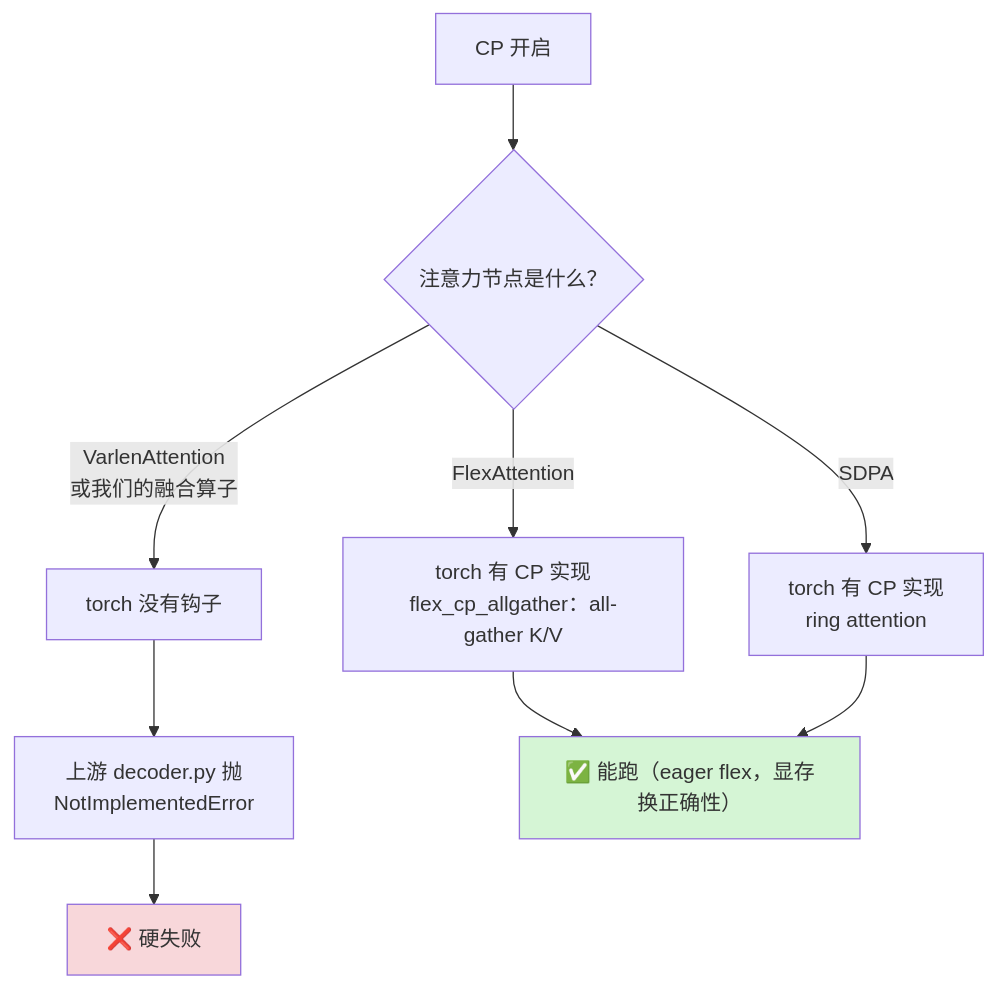
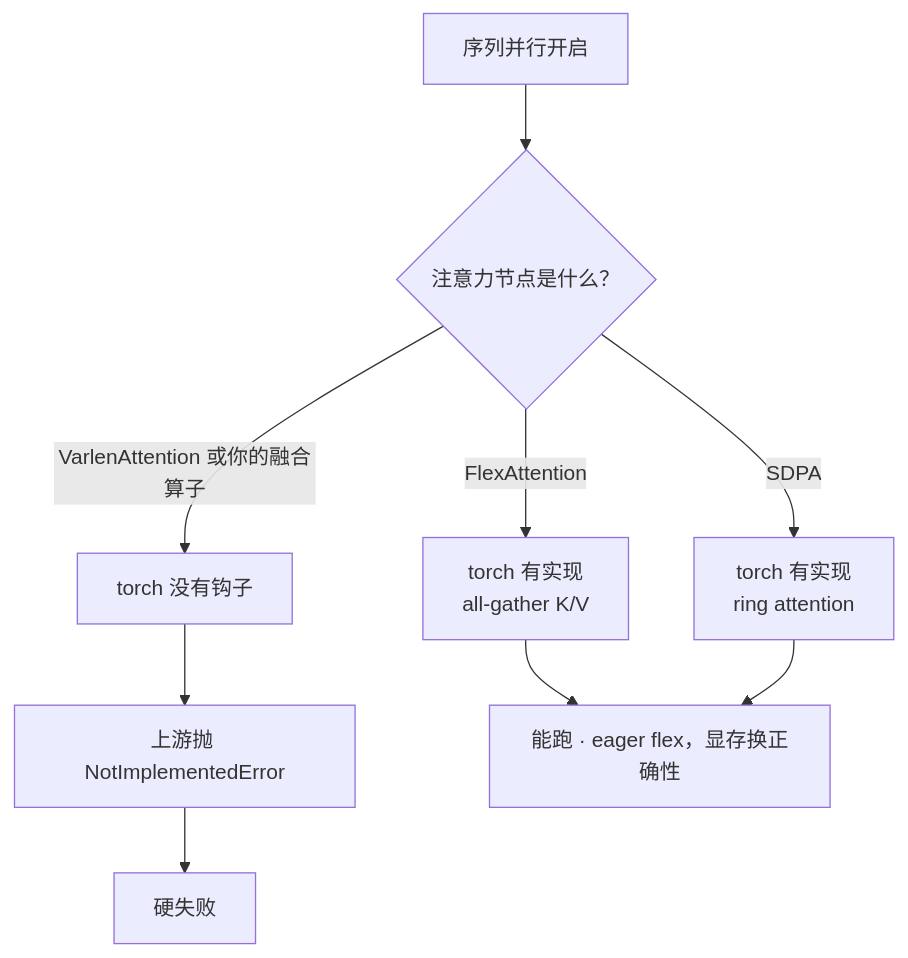
Diagram 13 of 15 in docs/design/shim-and-override.md (JavaZeroo/ascend-torchtitan), drawn with Mermaid before and after one commit. The commit also changed other lines of this file and 1 other file, not shown here.

````diff
--- a/docs/design/shim-and-override.md
+++ b/docs/design/shim-and-override.md
@@ -505,14 +427,11 @@
 ```mermaid
 flowchart TD
-    A["CP 开启"] --> B{"注意力节点是什么？"}
-    B -->|"FlexAttention"| C["torch 有 CP 实现<br/>flex_cp_allgather：all-gather K/V"]
-    B -->|"SDPA"| D["torch 有 CP 实现<br/>ring attention"]
-    B -->|"VarlenAttention<br/>或我们的融合算子"| E["torch 没有钩子"]
-    E --> F["上游 decoder.py 抛<br/>NotImplementedError"]
-    C --> G["✅ 能跑（eager flex，显存换正确性）"]
+    A["序列并行开启"] --> B{"注意力节点是什么？"}
+    B -->|"FlexAttention"| C["torch 有实现<br/>all-gather K/V"]
+    B -->|"SDPA"| D["torch 有实现<br/>ring attention"]
+    B -->|"VarlenAttention 或你的融合算子"| E["torch 没有钩子"]
+    E --> F["上游抛 NotImplementedError"]
+    C --> G["能跑 · eager flex，显存换正确性"]
     D --> G
-    F --> H["❌ 硬失败"]
-
-    style G fill:#d5f5d5
-    style H fill:#f8d7da
+    F --> H["硬失败"]
 ```
````
